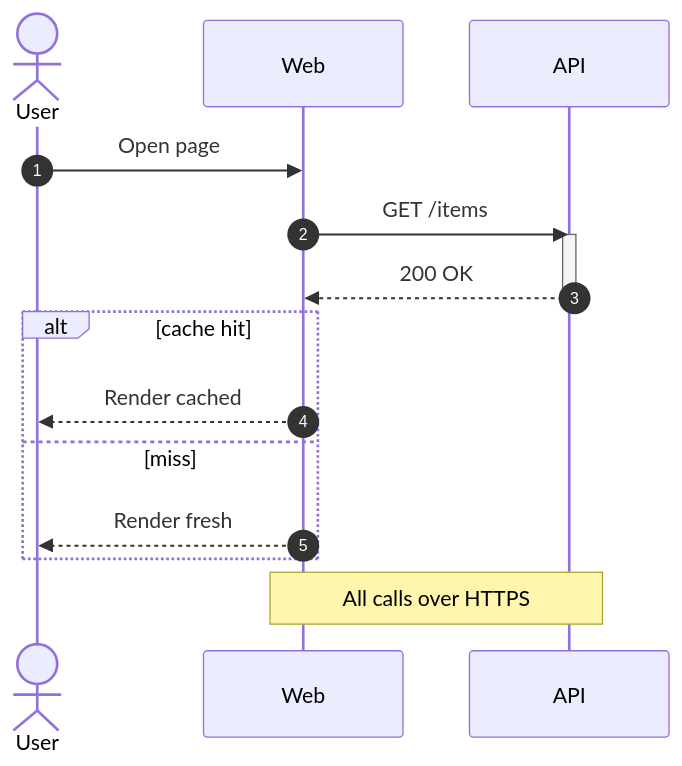
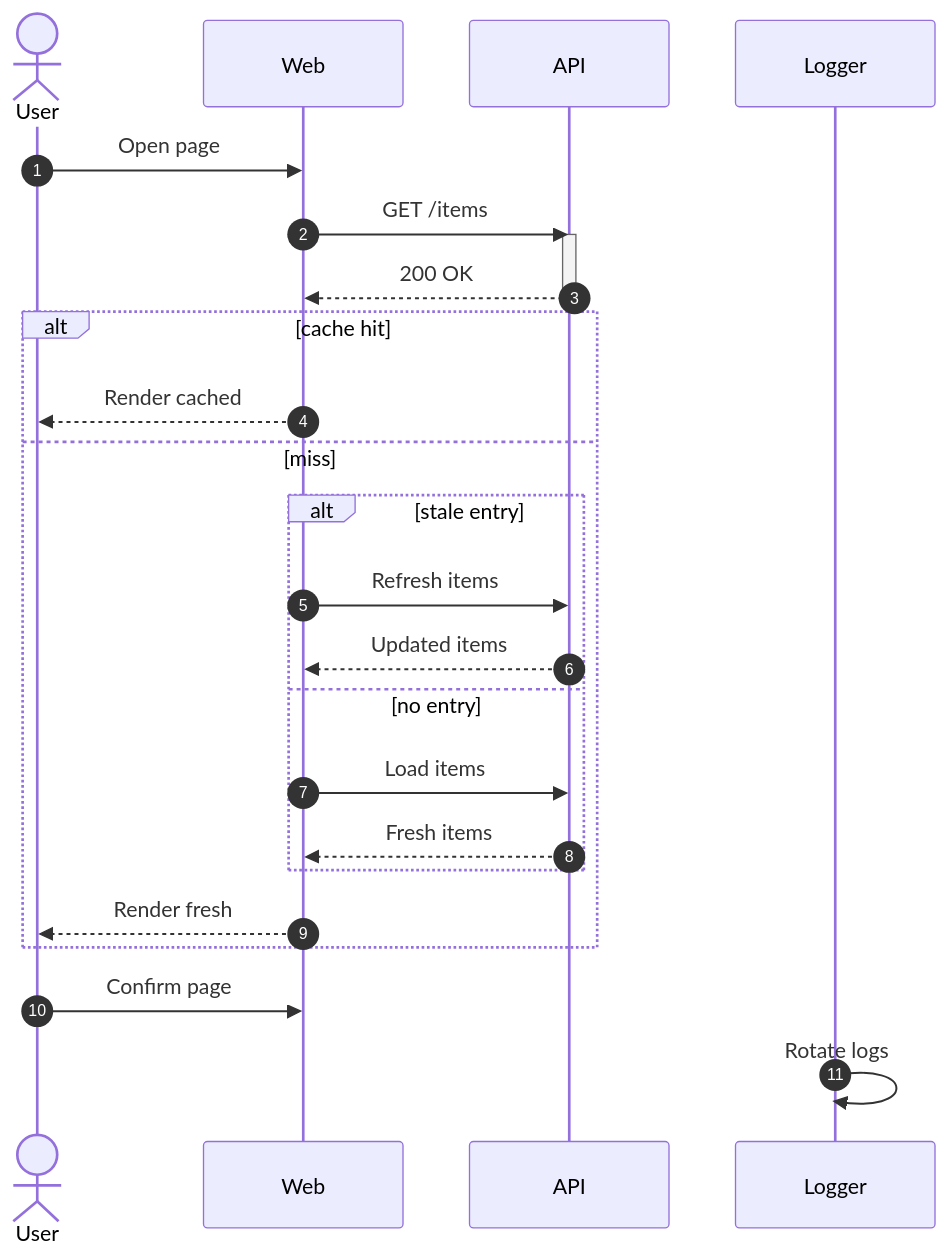
Before and after one commit to kerwincarpede/browser-tools: the second of 39 diagrams in extensions/mermaid-lens/test/sample/diagrams.md, drawn with Mermaid. The commit also changed 9 other files, not shown here.

Commit message:
feat(mermaid-lens): trace sequence flows through alt branches

````diff
--- a/extensions/mermaid-lens/test/sample/diagrams.md
+++ b/extensions/mermaid-lens/test/sample/diagrams.md
@@ -25,18 +25,27 @@
 ```mermaid
 sequenceDiagram
   autonumber
   actor U as User
   participant W as Web
   participant A as API
+  participant L as Logger
   U->>W: Open page
   W->>A: GET /items
   activate A
   A-->>W: 200 OK
   deactivate A
   alt cache hit
     W-->>U: Render cached
   else miss
+    alt stale entry
+      W->>A: Refresh items
+      A-->>W: Updated items
+    else no entry
+      W->>A: Load items
+      A-->>W: Fresh items
+    end
     W-->>U: Render fresh
   end
-  Note over W,A: All calls over HTTPS
+  U->>W: Confirm page
+  L->>L: Rotate logs
 ```
````
